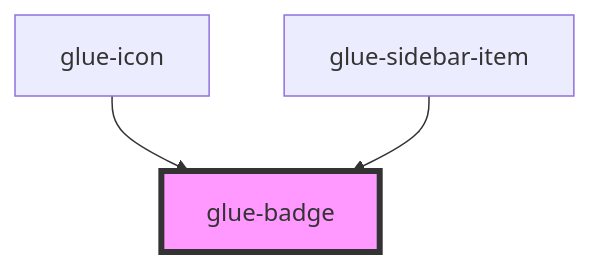
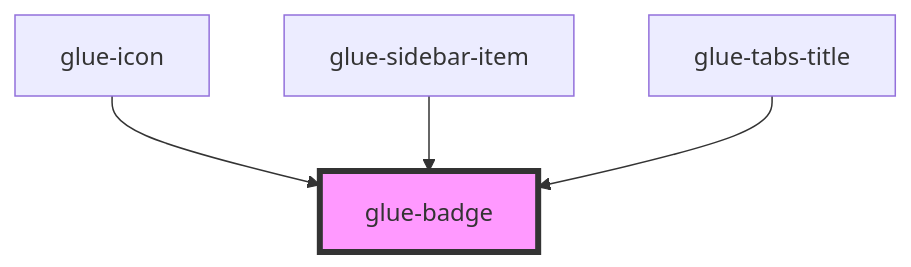
The diagram in packages/glue-components/src/components/glue-badge/readme.md (grasilife/glue), drawn with Mermaid before and after one commit. The commit also changed other lines of this file and 23 other files, not shown here.

````diff
--- a/packages/glue-components/src/components/glue-badge/readme.md
+++ b/packages/glue-components/src/components/glue-badge/readme.md
@@ -28,6 +29,7 @@
 ```mermaid
 graph TD;
   glue-icon --> glue-badge
   glue-sidebar-item --> glue-badge
+  glue-tabs-title --> glue-badge
   style glue-badge fill:#f9f,stroke:#333,stroke-width:4px
 ```
````
